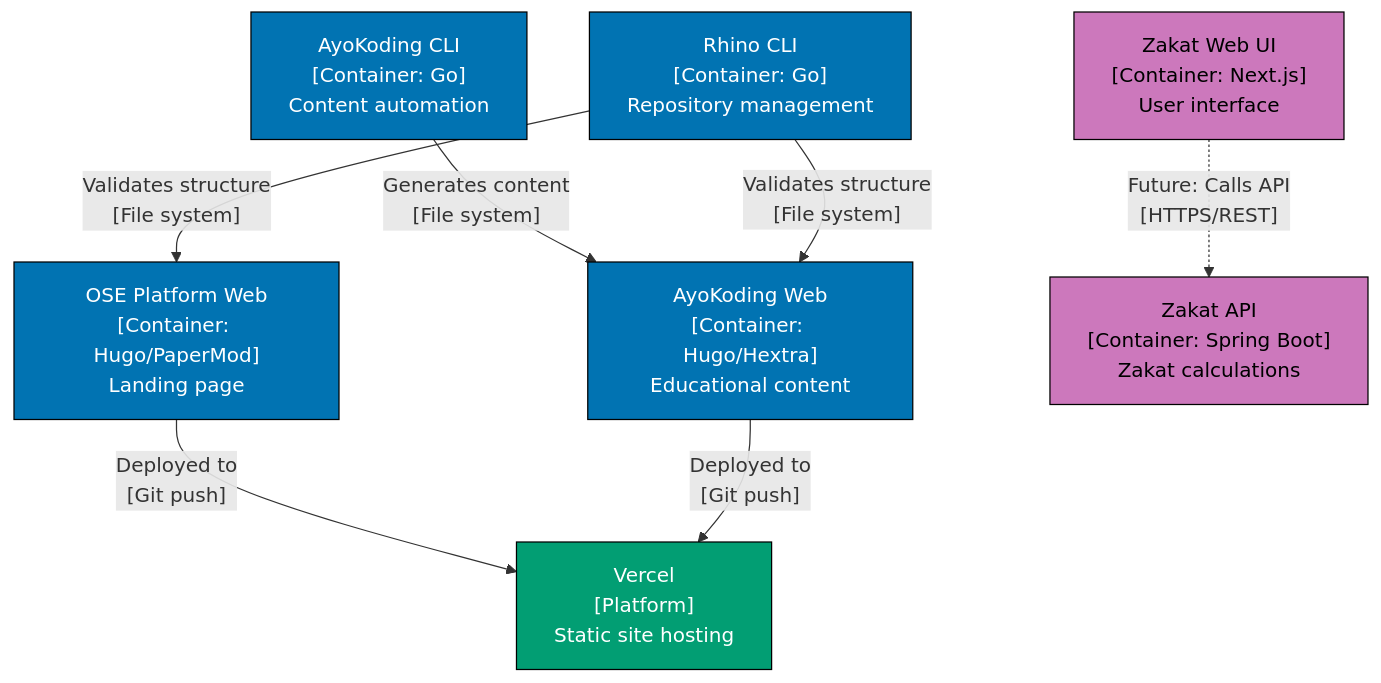
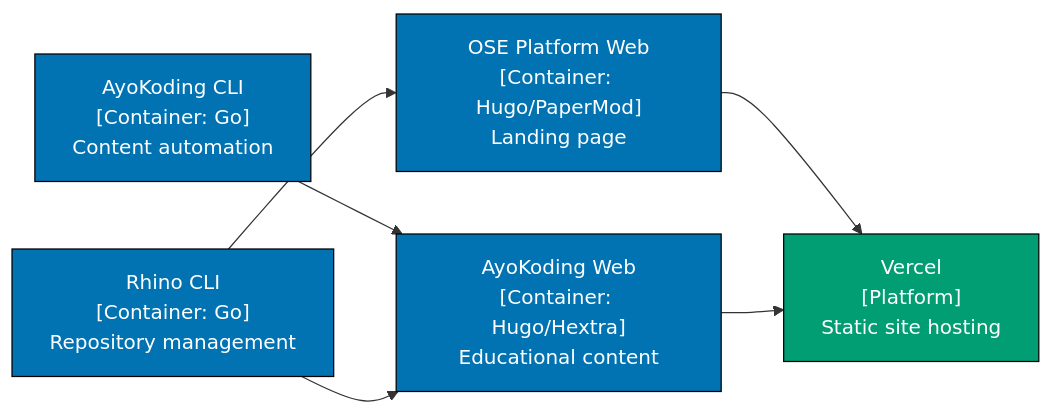
The second of 3 diagrams in docs/explanation/software-engineering/architecture/c4-architecture-model/nx-workspace-visualization.md (wahidyankf/open-sharia-enterprise), drawn with Mermaid before and after one commit. The commit also changed other lines of this file and 9 other files, not shown here.

First line of the commit message:
fix(docs): fix mermaid violations in architecture docs

````diff
--- a/docs/explanation/software-engineering/architecture/c4-architecture-model/nx-workspace-visualization.md
+++ b/docs/explanation/software-engineering/architecture/c4-architecture-model/nx-workspace-visualization.md
@@ -108,29 +110,17 @@
 ```mermaid
-graph TD
-    %% Hugo Sites
+graph LR
     OseWeb["OSE Platform Web<br/>[Container: Hugo/PaperMod]<br/>Landing page"]:::blue
     AyoWeb["AyoKoding Web<br/>[Container: Hugo/Hextra]<br/>Educational content"]:::blue
-
-    %% CLI Tools
     AyoCLI["AyoKoding CLI<br/>[Container: Go]<br/>Content automation"]:::blue
     RhinoCLI["Rhino CLI<br/>[Container: Go]<br/>Repository management"]:::blue
-
-    %% Future Apps (example)
-    ZakatAPI["Zakat API<br/>[Container: Spring Boot]<br/>Zakat calculations"]:::purple
-    ZakatWeb["Zakat Web UI<br/>[Container: Next.js]<br/>User interface"]:::purple
-
-    %% Deployment
     Vercel["Vercel<br/>[Platform]<br/>Static site hosting"]:::teal
 
-    %% Relationships
-    AyoCLI -->|"Generates content<br/>[File system]"| AyoWeb
-    RhinoCLI -->|"Validates structure<br/>[File system]"| OseWeb
-    RhinoCLI -->|"Validates structure<br/>[File system]"| AyoWeb
-    OseWeb -->|"Deployed to<br/>[Git push]"| Vercel
-    AyoWeb -->|"Deployed to<br/>[Git push]"| Vercel
-    ZakatWeb -.->|"Future: Calls API<br/>[HTTPS/REST]"| ZakatAPI
+    AyoCLI --> AyoWeb
+    RhinoCLI --> OseWeb
+    RhinoCLI --> AyoWeb
+    OseWeb --> Vercel
+    AyoWeb --> Vercel
 
     classDef blue fill:#0173B2,stroke:#000,color:#FFF
-    classDef purple fill:#CC78BC,stroke:#000,color:#000
     classDef teal fill:#029E73,stroke:#000,color:#FFF
 ```
````
